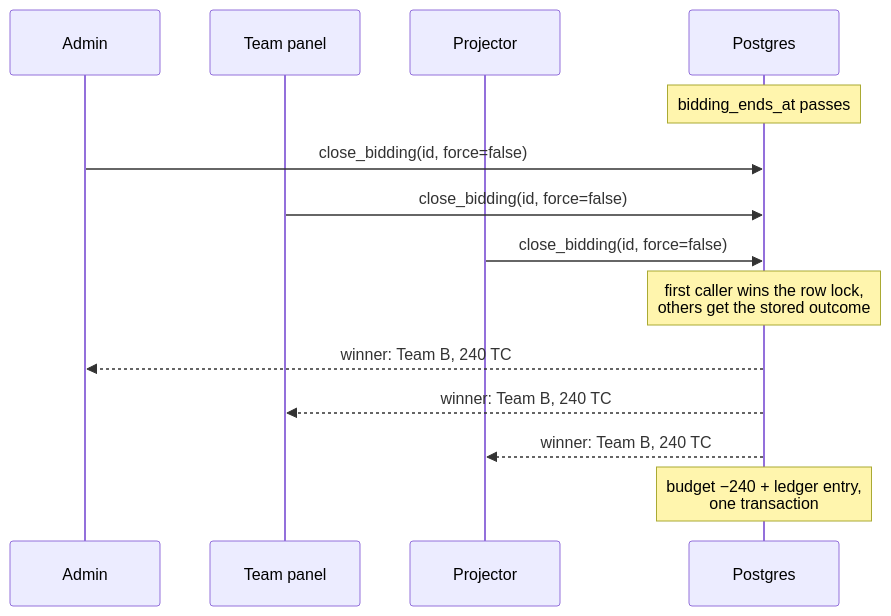
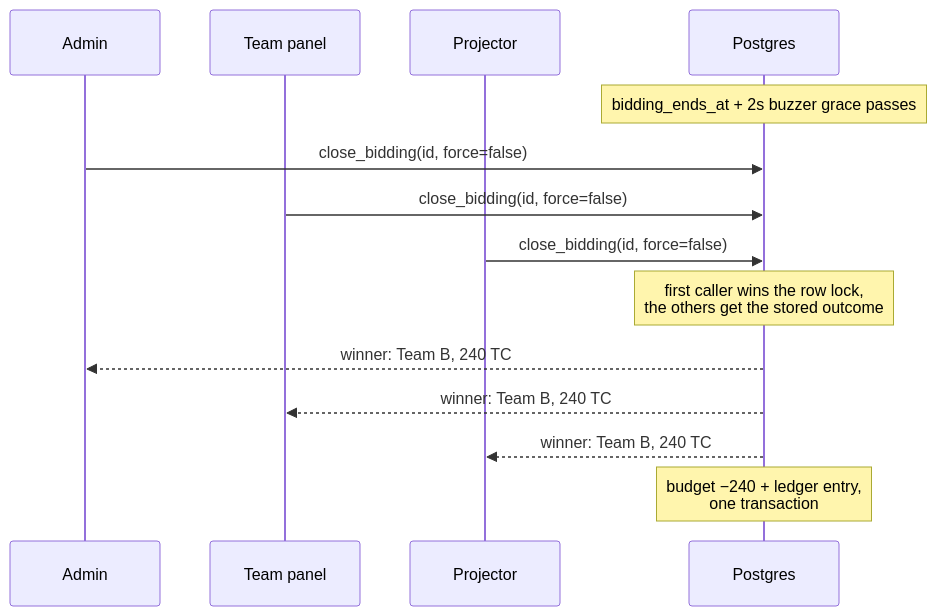
Before and after one commit to inferno4670/Tech-Auction: the second of 3 diagrams in README.md, drawn with Mermaid. The commit also changed other lines of this file and 11 other files, not shown here.

````diff
--- a/README.md
+++ b/README.md
@@ -95,16 +98,16 @@
 ```mermaid
 sequenceDiagram
     participant A as Admin
     participant T as Team panel
     participant D as Projector
     participant DB as Postgres
-    Note over DB: bidding_ends_at passes
+    Note over DB: bidding_ends_at + 2s buzzer grace passes
     A->>DB: close_bidding(id, force=false)
     T->>DB: close_bidding(id, force=false)
     D->>DB: close_bidding(id, force=false)
-    Note over DB: first caller wins the row lock,<br/>others get the stored outcome
+    Note over DB: first caller wins the row lock,<br/>the others get the stored outcome
     DB-->>A: winner: Team B, 240 TC
     DB-->>T: winner: Team B, 240 TC
     DB-->>D: winner: Team B, 240 TC
     Note over DB: budget −240 + ledger entry,<br/>one transaction
 ```
````
